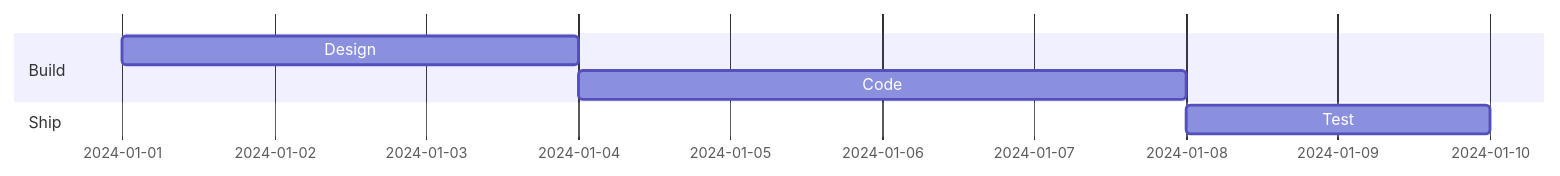
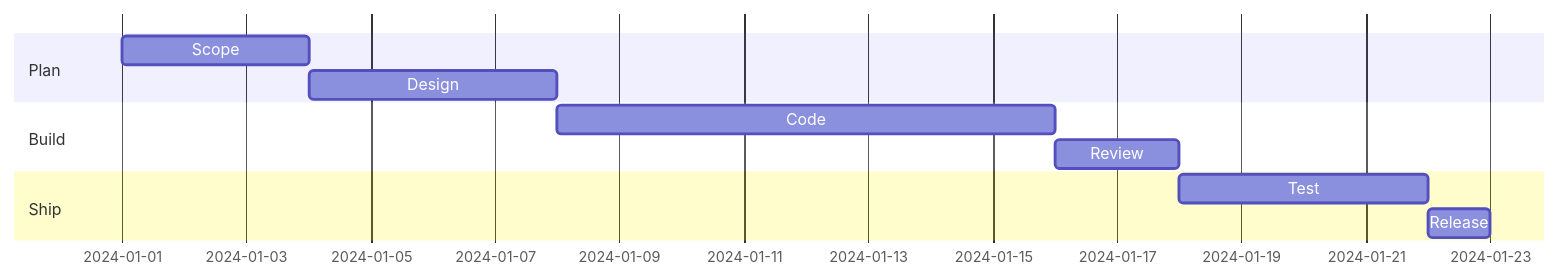
Before and after one commit to dkdev24/pele-animate: diagram 11 of 11 in docs/diagram-types.md, drawn with Mermaid. The commit also changed other lines of this file and 2 other files, not shown here.

First line of the commit message:
docs: richer diagram-type examples with story pins; journey steps at narrow widths

````diff
--- a/docs/diagram-types.md
+++ b/docs/diagram-types.md
@@ -210,9 +246,13 @@
 ```mermaid live
 gantt
   dateFormat YYYY-MM-DD
+  section Plan
+    Scope :a1, 2024-01-01, 3d
+    Design :after a1, 4d
   section Build
-    Design :a1, 2024-01-01, 3d
-    Code :after a1, 4d
+    Code :b1, 2024-01-08, 8d
+    Review :after b1, 2d
   section Ship
-    Test :2024-01-08, 2d
+    Test :2024-01-18, 4d
+    Release :2024-01-22, 1d
 ```
````
